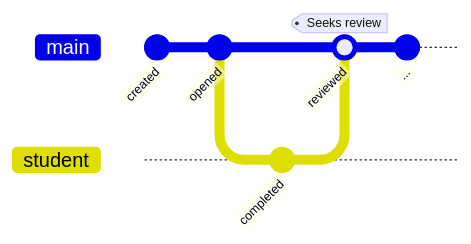
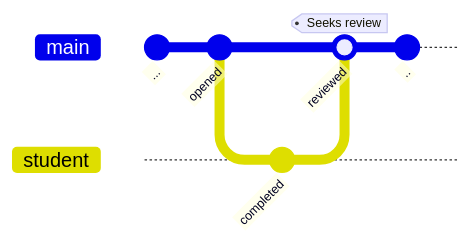
The second of 2 diagrams in _posts/2023-02-13-Git-Practices.md (d33bs/set-website), drawn with Mermaid before and after one commit. The commit also changed other lines of this file, not shown here.

````diff
--- a/_posts/2023-02-13-Git-Practices.md
+++ b/_posts/2023-02-13-Git-Practices.md
@@ -37,11 +48,11 @@
 ```mermaid
     gitGraph
-       commit id: "created"
+       commit id: "..."
        commit id: "opened"
        branch student
        checkout student
        commit id: "completed"
        checkout main
        merge student id: "reviewed" tag: "Seeks review"
-       commit id: "..." 
+       commit id: ".." 
 ```
````
